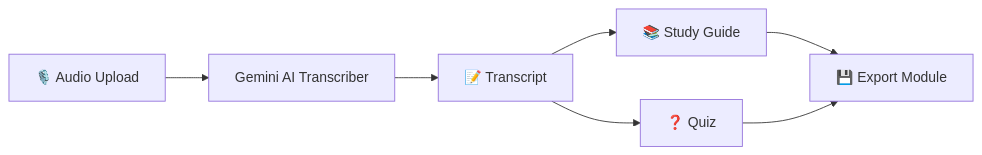
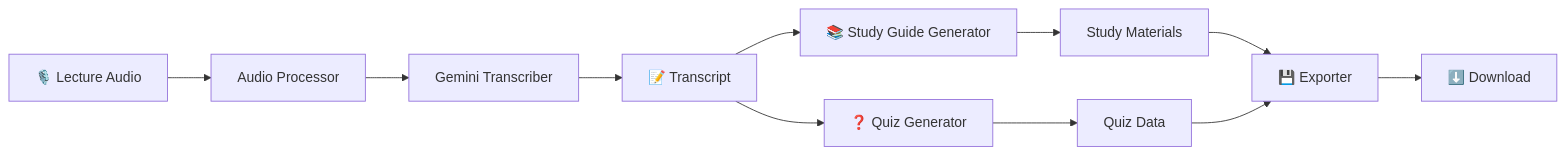
The first of 2 diagrams in README.md (Anushiv7/LecAud), drawn with Mermaid before and after one commit. The commit also changed other lines of this file, not shown here.

````diff
--- a/README.md
+++ b/README.md
@@ -17,8 +38,17 @@
 ```mermaid
 flowchart LR
-    A[🎙️ Audio Upload] --> B[Gemini AI Transcriber]
-    B --> C[📝 Transcript]
-    C --> D[📚 Study Guide]
-    C --> E[❓ Quiz]
-    D & E --> F[💾 Export Module]
+    A[🎙️ Lecture Audio] --> B[Audio Processor]
+    B --> C[Gemini Transcriber]
+    C --> D[📝 Transcript]
+
+    D --> E[📚 Study Guide Generator]
+    D --> F[❓ Quiz Generator]
+
+    E --> G[Study Materials]
+    F --> H[Quiz Data]
+
+    G --> I[💾 Exporter]
+    H --> I
+
+    I --> J[⬇️ Download]
 ```
````
